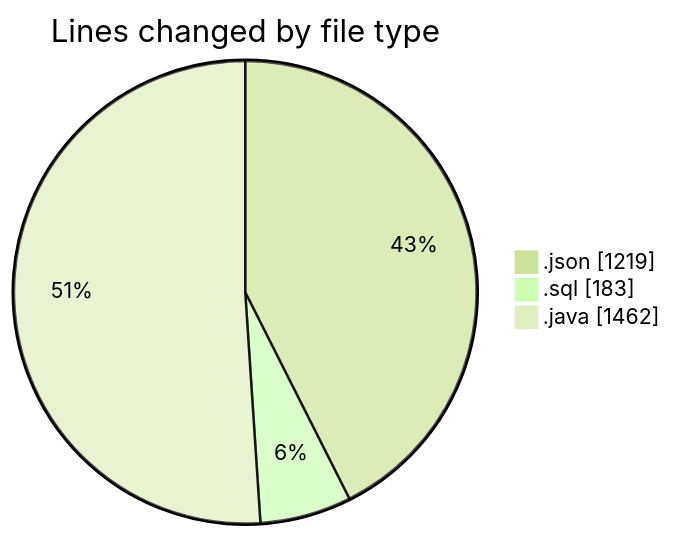
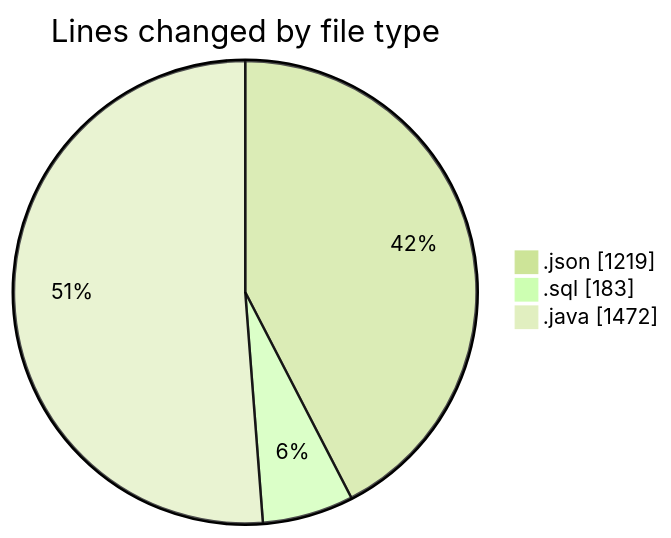
One commit to ricardozamudiocil/code-tracking changed the first of 2 diagrams in 2026-06-16/cilapp/README.md. Above: the diagram before and after it, drawn with Mermaid (forest theme). The commit also changed other lines of this file and 1 other file, not shown here.

````diff
--- a/2026-06-16/cilapp/README.md
+++ b/2026-06-16/cilapp/README.md
@@ -25,7 +25,7 @@
 ```mermaid
 pie showData
 title Lines changed by file type
 ".json" : 1219
 ".sql" : 183
-".java" : 1462
+".java" : 1472
 ```
````
